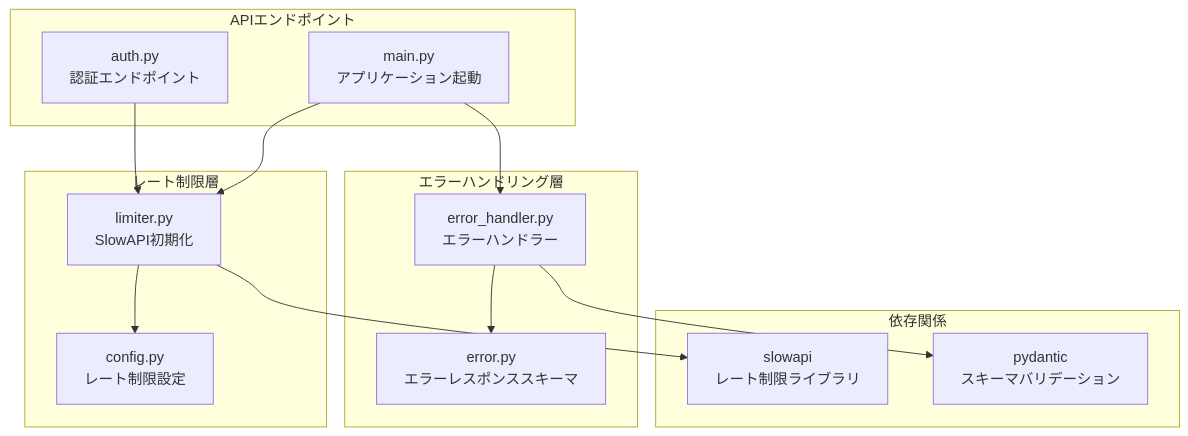
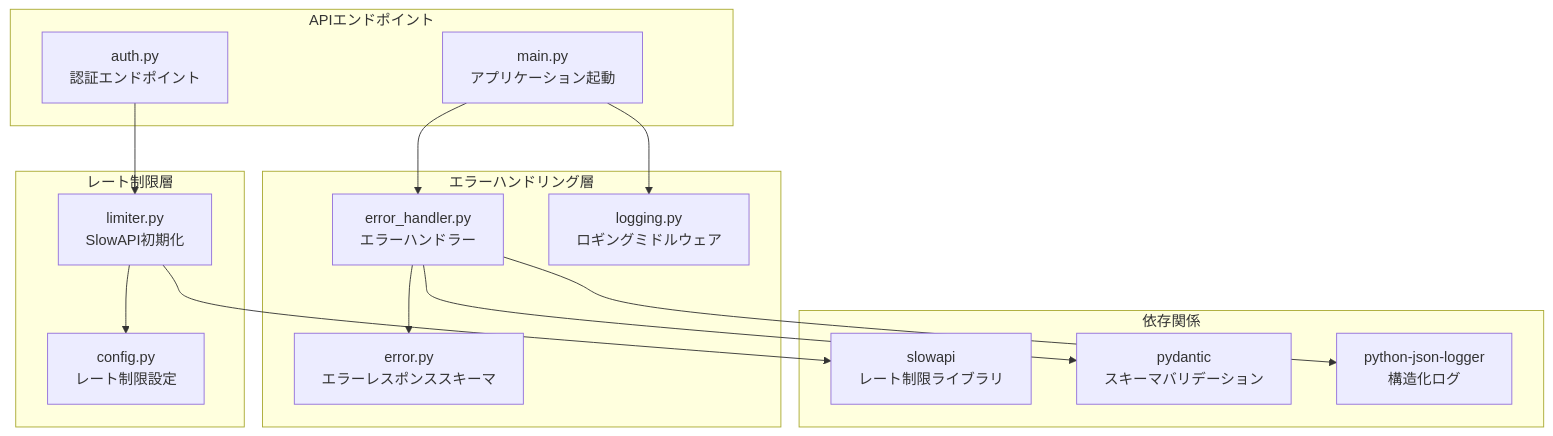
Before and after one commit to ss8806/Todos: the first of 9 diagrams in .qoder/repowiki/ja/content/セキュリティ対策/レート制限/エラーハンドリング.md, drawn with Mermaid. The commit also changed other lines of this file and 9 other files, not shown here.

````diff
--- a/.qoder/repowiki/ja/content/セキュリティ対策/レート制限/エラーハンドリング.md
+++ b/.qoder/repowiki/ja/content/セキュリティ対策/レート制限/エラーハンドリング.md
@@ -33,26 +44,29 @@
 ```mermaid
 graph TB
 subgraph "エラーハンドリング層"
 EH[error_handler.py<br/>エラーハンドラー]
 ES[error.py<br/>エラーレスポンススキーマ]
+LM[logging.py<br/>ロギングミドルウェア]
 end
 subgraph "レート制限層"
 LC[limiter.py<br/>SlowAPI初期化]
 CFG[config.py<br/>レート制限設定]
 end
 subgraph "APIエンドポイント"
 AUTH[auth.py<br/>認証エンドポイント]
 MAIN[main.py<br/>アプリケーション起動]
 end
 subgraph "依存関係"
 SLOWAPI[slowapi<br/>レート制限ライブラリ]
 PYDANTIC[pydantic<br/>スキーマバリデーション]
+LOGGING[python-json-logger<br/>構造化ログ]
 end
 EH --> ES
 LC --> CFG
 AUTH --> LC
 MAIN --> EH
-MAIN --> LC
+MAIN --> LM
 LC --> SLOWAPI
 EH --> PYDANTIC
+EH --> LOGGING
 ```
````
